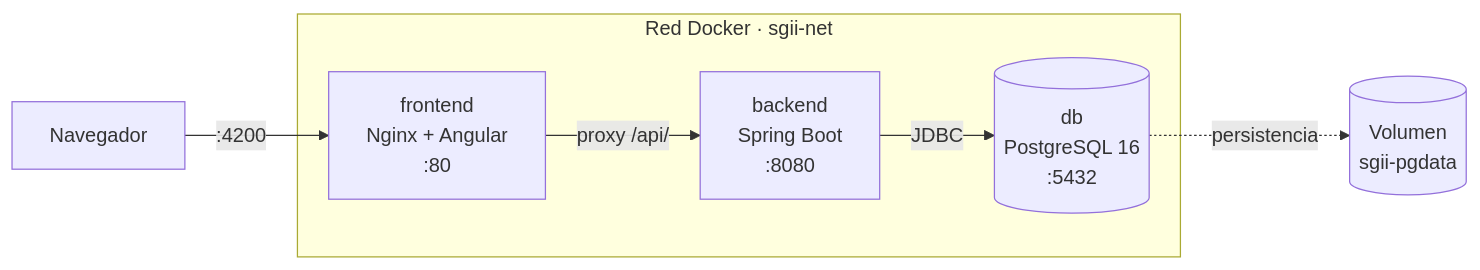
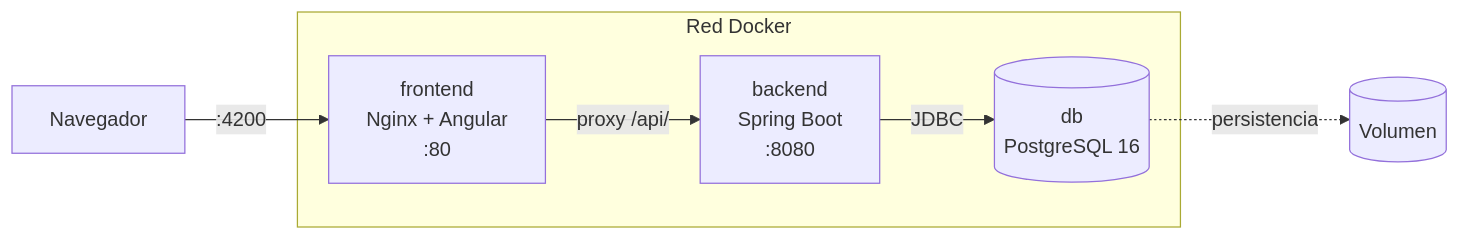
Before and after one commit to jhosuechica/plantilla-spring-angular-docker: the diagram in README.md, drawn with Mermaid. The commit also changed other lines of this file and 6 other files, not shown here.

````diff
--- a/README.md
+++ b/README.md
@@ -49,17 +128,17 @@
 ```mermaid
 flowchart LR
     U["Navegador"]
 
-    subgraph net["Red Docker · sgii-net"]
+    subgraph net["Red Docker"]
         F["frontend<br/>Nginx + Angular<br/>:80"]
         B["backend<br/>Spring Boot<br/>:8080"]
-        D[("db<br/>PostgreSQL 16<br/>:5432")]
+        D[("db<br/>PostgreSQL 16")]
     end
 
-    V[("Volumen<br/>sgii-pgdata")]
+    V[("Volumen")]
 
     U -->|":4200"| F
     F -->|"proxy /api/"| B
     B -->|"JDBC"| D
     D -.->|"persistencia"| V
 ```
````
